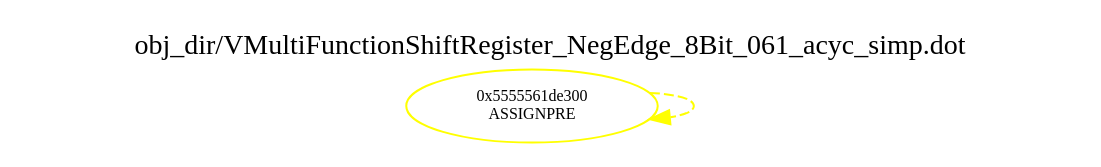
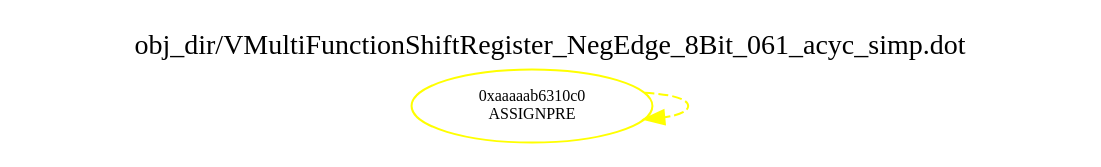
Before and after one commit to Jasonyanyusong/OneStudentOneChip: the diagram in DigitalCircuitsExperiments/DCE06/MultiFunctionShiftRegister_NegEdge_8Bit/obj_dir/VMultiFunctionShiftRegister_NegEdge_8Bit_061_acyc_simp.dot, drawn with Graphviz. The commit also changed 270 other files, not shown here.

```diff
--- a/DigitalCircuitsExperiments/DCE06/MultiFunctionShiftRegister_NegEdge_8Bit/obj_dir/VMultiFunctionShiftRegister_NegEdge_8Bit_061_acyc_simp.dot
+++ b/DigitalCircuitsExperiments/DCE06/MultiFunctionShiftRegister_NegEdge_8Bit/obj_dir/VMultiFunctionShiftRegister_NegEdge_8Bit_061_acyc_simp.dot
@@ -1,8 +1,8 @@
 digraph v3graph {
 	graph	[label="obj_dir/VMultiFunctionShiftRegister_NegEdge_8Bit_061_acyc_simp.dot",
 		 labelloc=t, labeljust=l,
 		 //size="7.5,10",
 		 rankdir=TB];
-	n0	[fontsize=8 label="0x5555561de300\n ASSIGNPRE", color=yellow];
+	n0	[fontsize=8 label="0xaaaaab6310c0\n ASSIGNPRE", color=yellow];
 	n0 -> n0 [fontsize=8 label="" weight=3 color=yellow style=dashed];
 }
```
